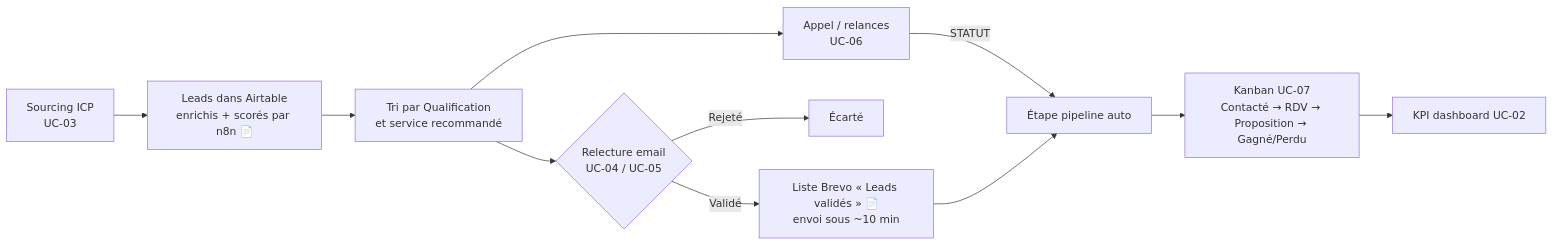
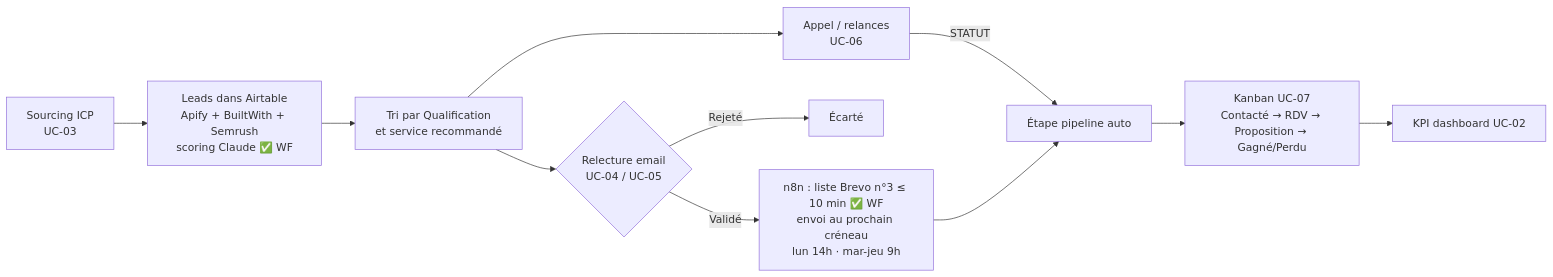
The diagram in docs/01_conception_produit.md (kateguttillastone-cmyk/growthlab-agency-crm), drawn with Mermaid before and after one commit. The commit also changed other lines of this file and 3 other files, not shown here.

````diff
--- a/docs/01_conception_produit.md
+++ b/docs/01_conception_produit.md
@@ -85,13 +102,13 @@
 ```mermaid
 flowchart LR
-    A[Sourcing ICP<br/>UC-03] --> B[Leads dans Airtable<br/>enrichis + scorés par n8n 📄]
+    A[Sourcing ICP<br/>UC-03] --> B[Leads dans Airtable<br/>Apify + BuiltWith + Semrush<br/>scoring Claude ✅ WF]
     B --> C[Tri par Qualification<br/>et service recommandé]
     C --> D{Relecture email<br/>UC-04 / UC-05}
-    D -- Validé --> E[Liste Brevo « Leads validés » 📄<br/>envoi sous ~10 min]
+    D -- Validé --> E[n8n : liste Brevo n°3 ≤ 10 min ✅ WF<br/>envoi au prochain créneau<br/>lun 14h · mar-jeu 9h]
     D -- Rejeté --> X[Écarté]
     C --> F[Appel / relances<br/>UC-06]
     F -- STATUT --> G[Étape pipeline auto]
     E --> G
     G --> H[Kanban UC-07<br/>Contacté → RDV → Proposition → Gagné/Perdu]
     H --> I[KPI dashboard UC-02]
 ```
````
